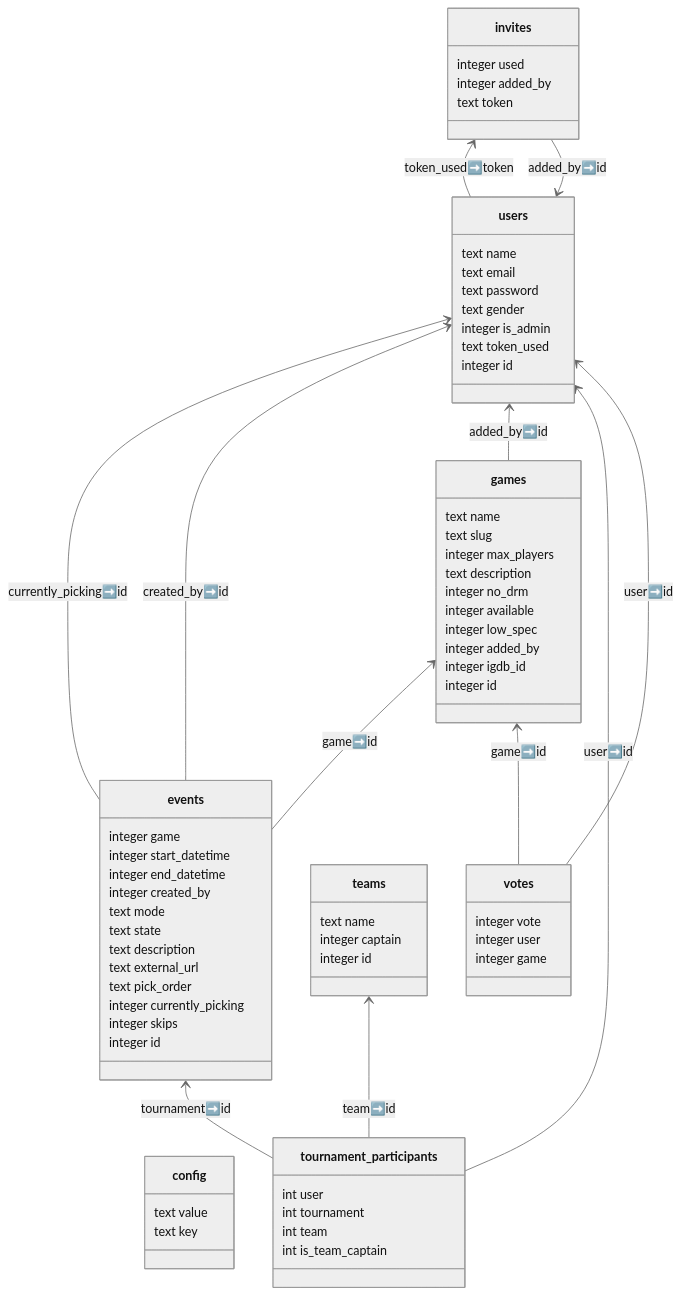
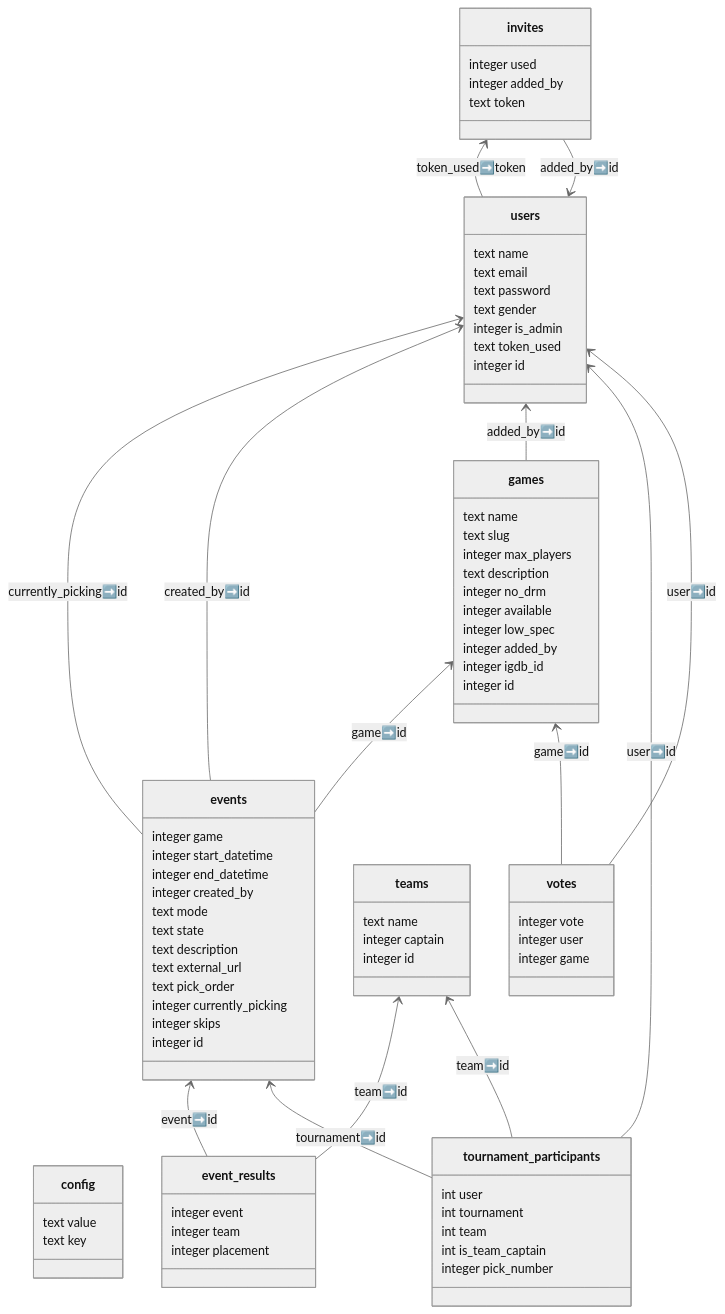
One commit to hubwoop/lol9k1 changed the diagram in docs/db_schema.md. Above: the diagram before and after it, drawn with Mermaid (neutral theme). The commit also changed 14 other files, not shown here.

```diff
--- a/docs/db_schema.md
+++ b/docs/db_schema.md
@@ -4,6 +4,11 @@
 class config {
    text value
    text key
+}
+class event_results {
+   integer event
+   integer team
+   integer placement
 }
 class events {
    integer game
@@ -46,6 +51,7 @@
    int tournament
    int team
    int is_team_captain
+   integer pick_number
 }
 class users {
    text name
@@ -62,6 +68,8 @@
    integer game
 }
 
+event_results  -->  events : event➡️id
+event_results  -->  teams : team➡️id
 events  -->  games : game➡️id
 events  -->  users : currently_picking➡️id
 events  -->  users : created_by➡️id
```
